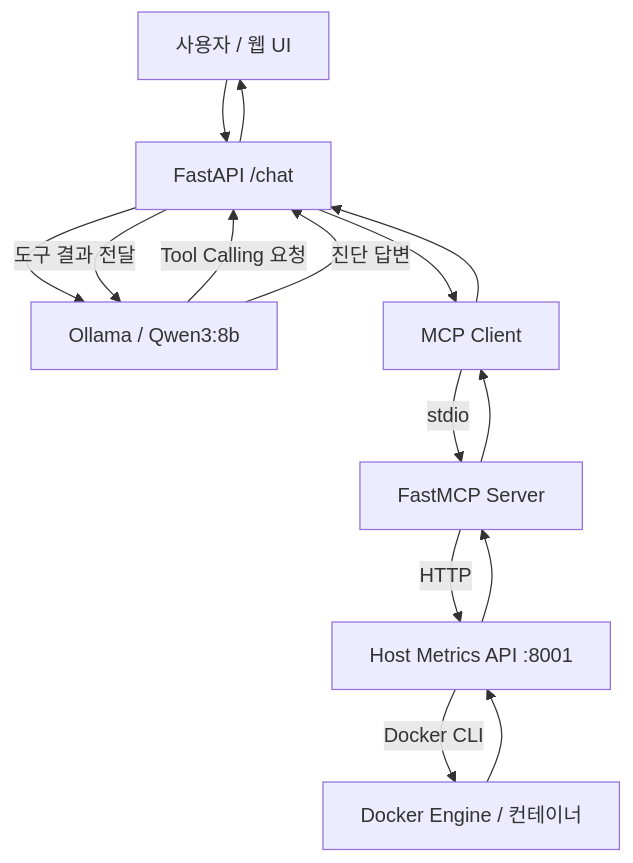
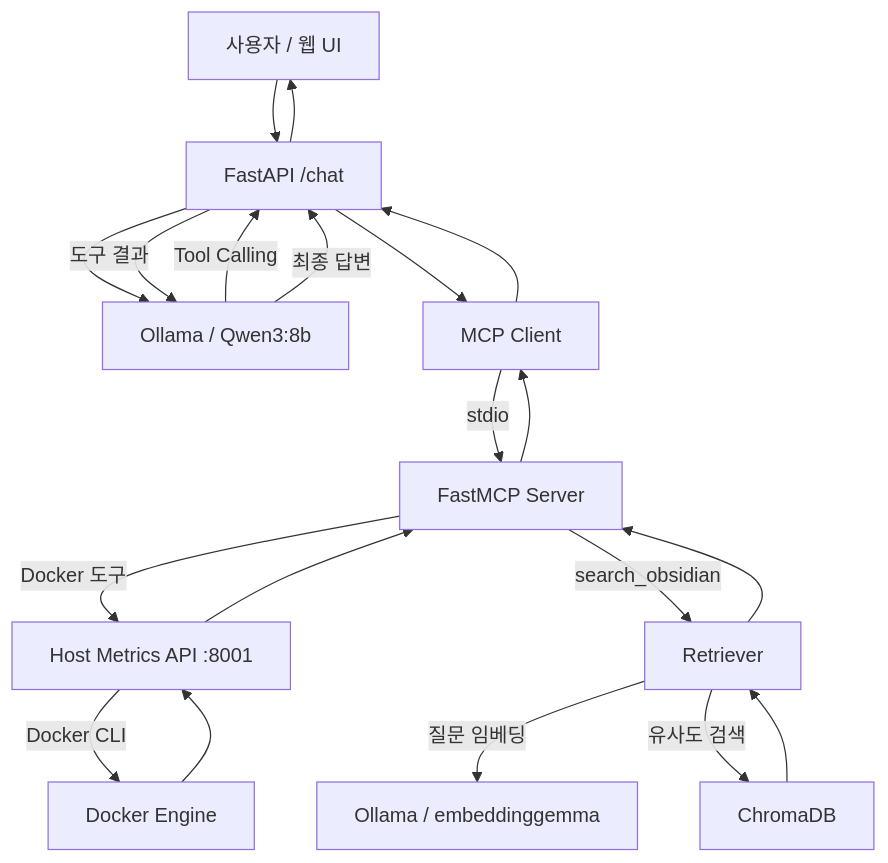
One commit to JungJiBum/agent-lab changed the diagram in README.md. Above: the diagram before and after it, drawn with Mermaid. The commit also changed other lines of this file and 13 other files, not shown here.

Commit message:
feat: integrate Obsidian RAG with MCP tool calling

````diff
--- a/README.md
+++ b/README.md
@@ -12,17 +16,25 @@
 ```mermaid
 flowchart TD
     U[사용자 / 웹 UI] --> API[FastAPI /chat]
     API --> LLM[Ollama / Qwen3:8b]
-    LLM -->|Tool Calling 요청| API
+    LLM -->|Tool Calling| API
     API --> MC[MCP Client]
     MC -->|stdio| MS[FastMCP Server]
-    MS -->|HTTP| HM[Host Metrics API :8001]
-    HM -->|Docker CLI| D[Docker Engine / 컨테이너]
+
+    MS -->|Docker 도구| HM[Host Metrics API :8001]
+    HM -->|Docker CLI| D[Docker Engine]
+
+    MS -->|search_obsidian| R[Retriever]
+    R -->|질문 임베딩| E[Ollama / embeddinggemma]
+    R -->|유사도 검색| V[ChromaDB]
+
     D --> HM
     HM --> MS
+    V --> R
+    R --> MS
     MS --> MC
     MC --> API
-    API -->|도구 결과 전달| LLM
-    LLM -->|진단 답변| API
+    API -->|도구 결과| LLM
+    LLM -->|최종 답변| API
     API --> U
 ```
````
